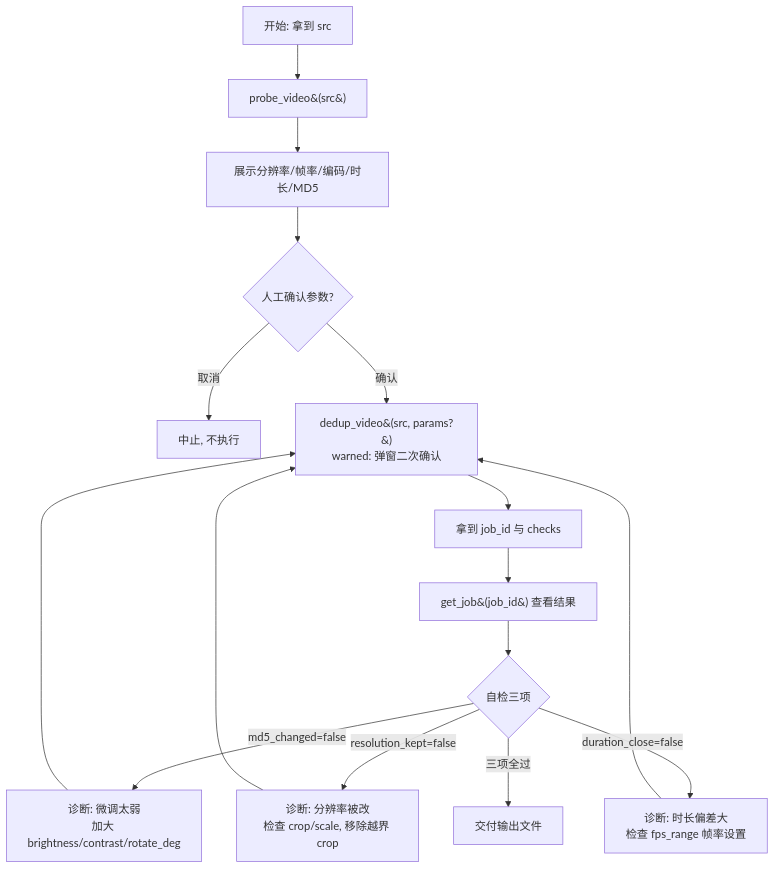
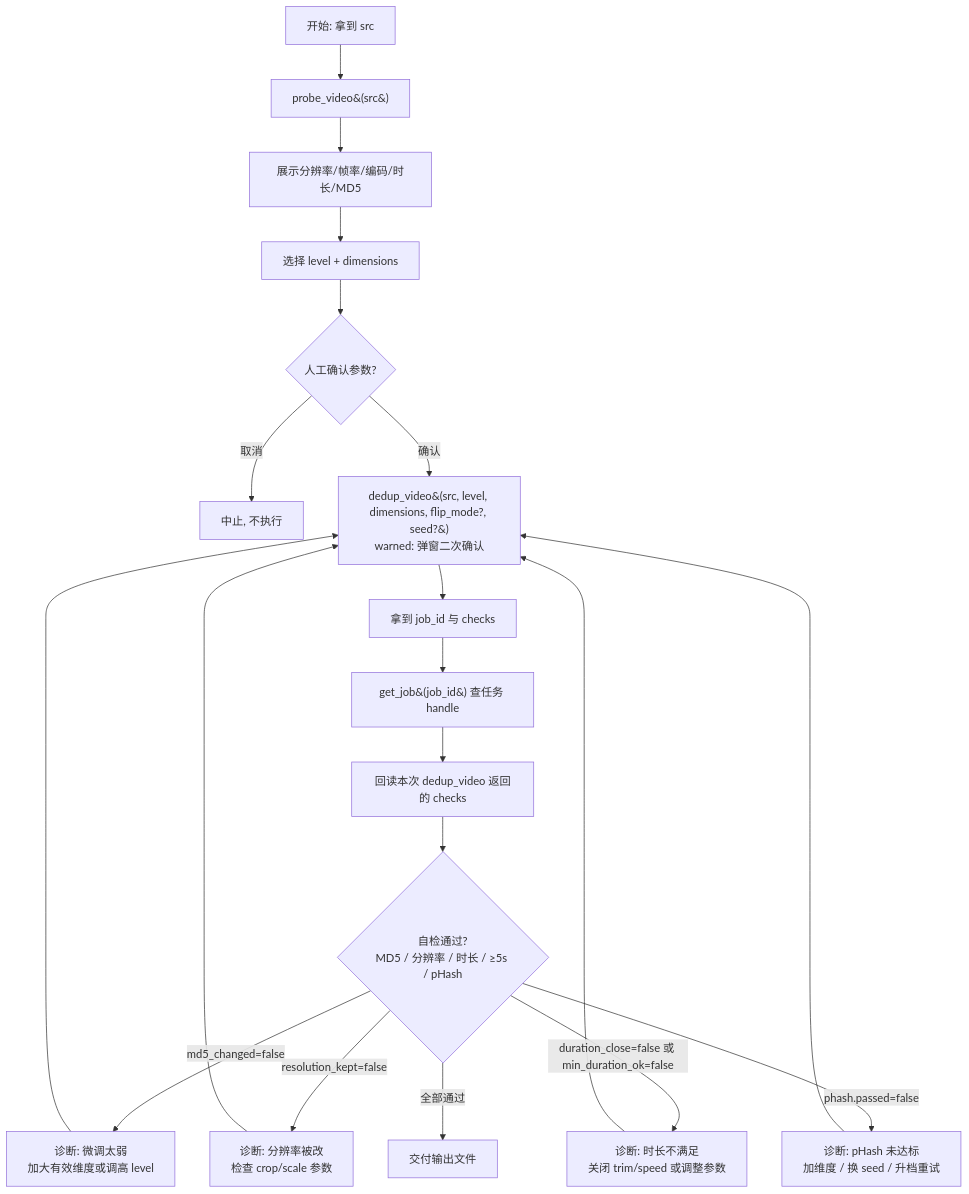
Before and after one commit to luckly06/video-mcp: the diagram in station/shared/skills/dedup-video/SKILL.md, drawn with Mermaid. The commit also changed other lines of this file and 54 other files, not shown here.

Commit message:
feat: complete video dedup station workflow and UI

````diff
--- a/station/shared/skills/dedup-video/SKILL.md
+++ b/station/shared/skills/dedup-video/SKILL.md
@@ -23,18 +23,22 @@
 ```mermaid
 flowchart TD
     A[开始: 拿到 src] --> B[probe_video&#40;src&#41;]
     B --> C[展示分辨率/帧率/编码/时长/MD5]
-    C --> D{人工确认参数?}
-    D -->|取消| Z[中止, 不执行]
-    D -->|确认| E[dedup_video&#40;src, params?&#41;<br/>warned: 弹窗二次确认]
-    E --> F[拿到 job_id 与 checks]
-    F --> G[get_job&#40;job_id&#41; 查看结果]
-    G --> H{自检三项}
-    H -->|md5_changed=false| I1[诊断: 微调太弱<br/>加大 brightness/contrast/rotate_deg]
-    H -->|resolution_kept=false| I2[诊断: 分辨率被改<br/>检查 crop/scale, 移除越界 crop]
-    H -->|duration_close=false| I3[诊断: 时长偏差大<br/>检查 fps_range 帧率设置]
-    H -->|三项全过| Y[交付输出文件]
-    I1 --> E
-    I2 --> E
-    I3 --> E
+    C --> D[选择 level + dimensions]
+    D --> E{人工确认参数?}
+    E -->|取消| Z[中止, 不执行]
+    E -->|确认| F[dedup_video&#40;src, level, dimensions, flip_mode?, seed?&#41;<br/>warned: 弹窗二次确认]
+    F --> G[拿到 job_id 与 checks]
+    G --> H[get_job&#40;job_id&#41; 查任务 handle]
+    H --> I[回读本次 dedup_video 返回的 checks]
+    I --> J{自检通过?<br/>MD5 / 分辨率 / 时长 / ≥5s / pHash}
+    J -->|md5_changed=false| J1[诊断: 微调太弱<br/>加大有效维度或调高 level]
+    J -->|resolution_kept=false| J2[诊断: 分辨率被改<br/>检查 crop/scale 参数]
+    J -->|duration_close=false 或 min_duration_ok=false| J3[诊断: 时长不满足<br/>关闭 trim/speed 或调整参数]
+    J -->|phash.passed=false| J4[诊断: pHash 未达标<br/>加维度 / 换 seed / 升档重试]
+    J -->|全部通过| Y[交付输出文件]
+    J1 --> F
+    J2 --> F
+    J3 --> F
+    J4 --> F
 ```
````
